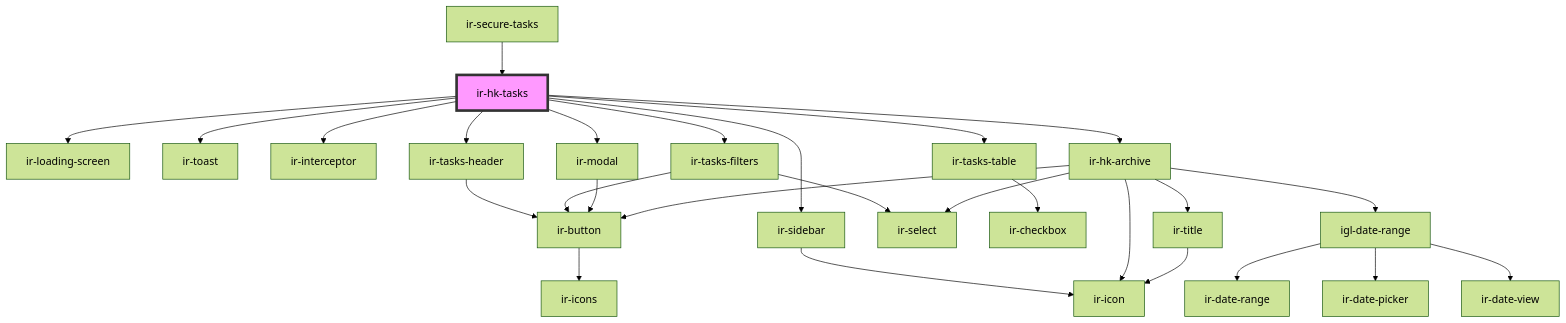
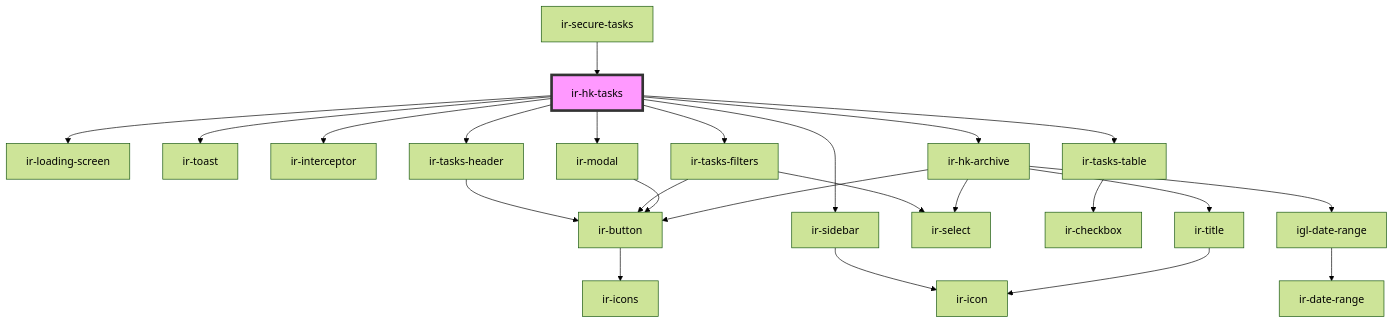
The diagram in src/components/ir-housekeeping/ir-hk-tasks/readme.md (David1Chowaifaty/modified-ir-webcmp), drawn with Mermaid (forest theme) before and after one commit. The commit also changed 41 other files, not shown here.

````diff
--- a/src/components/ir-housekeeping/ir-hk-tasks/readme.md
+++ b/src/components/ir-housekeeping/ir-hk-tasks/readme.md
@@ -44,30 +44,27 @@
 ```mermaid
 graph TD;
   ir-hk-tasks --> ir-loading-screen
   ir-hk-tasks --> ir-toast
   ir-hk-tasks --> ir-interceptor
   ir-hk-tasks --> ir-tasks-header
   ir-hk-tasks --> ir-tasks-filters
   ir-hk-tasks --> ir-tasks-table
   ir-hk-tasks --> ir-modal
   ir-hk-tasks --> ir-sidebar
   ir-hk-tasks --> ir-hk-archive
   ir-tasks-header --> ir-button
   ir-button --> ir-icons
   ir-tasks-filters --> ir-button
   ir-tasks-filters --> ir-select
   ir-tasks-table --> ir-checkbox
   ir-modal --> ir-button
   ir-sidebar --> ir-icon
   ir-hk-archive --> ir-title
   ir-hk-archive --> ir-select
   ir-hk-archive --> igl-date-range
-  ir-hk-archive --> ir-icon
   ir-hk-archive --> ir-button
   ir-title --> ir-icon
   igl-date-range --> ir-date-range
-  igl-date-range --> ir-date-picker
-  igl-date-range --> ir-date-view
   ir-secure-tasks --> ir-hk-tasks
   style ir-hk-tasks fill:#f9f,stroke:#333,stroke-width:4px
 ```
````
